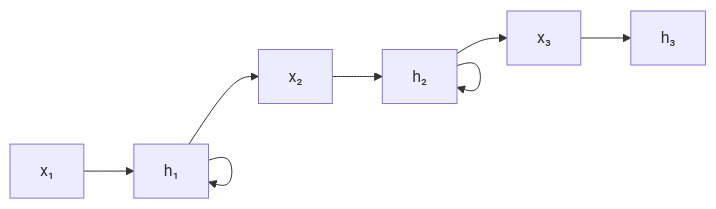
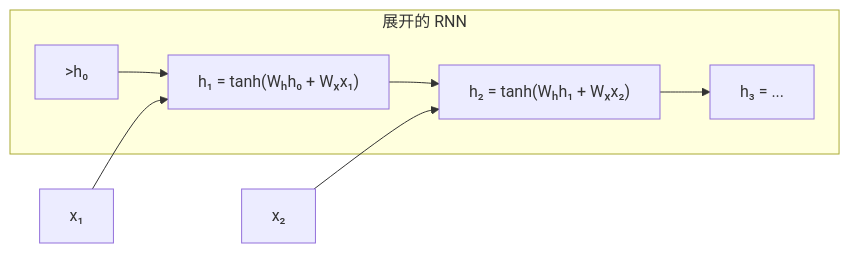
Before and after one commit to hxjmmmm/thought-vectors: the first of 2 diagrams in src/content/docs/tutorials/deep-learning/rnn.mdx, drawn with Mermaid. The commit also changed other lines of this file and 2 other files, not shown here.

First line of the commit message:
充实内容：RNN/LSTM、CNN、Llama 深度改写

````diff
--- a/src/content/docs/tutorials/deep-learning/rnn.mdx
+++ b/src/content/docs/tutorials/deep-learning/rnn.mdx
@@ -10,6 +10,10 @@
 ```mermaid
 flowchart LR
-    A[x₁] --> B[h₁] --> C[x₂] --> D[h₂] --> E[x₃] --> F[h₃]
-    B --> B
-    D --> D
+    subgraph 展开的 RNN
+    h0[">h₀"] --> h1["h₁ = tanh(Wₕh₀ + Wₓx₁)"]
+    h1 --> h2["h₂ = tanh(Wₕh₁ + Wₓx₂)"]
+    h2 --> h3["h₃ = ..."]
+    end
+    x1[x₁] --> h1
+    x2[x₂] --> h2
 ```
````
